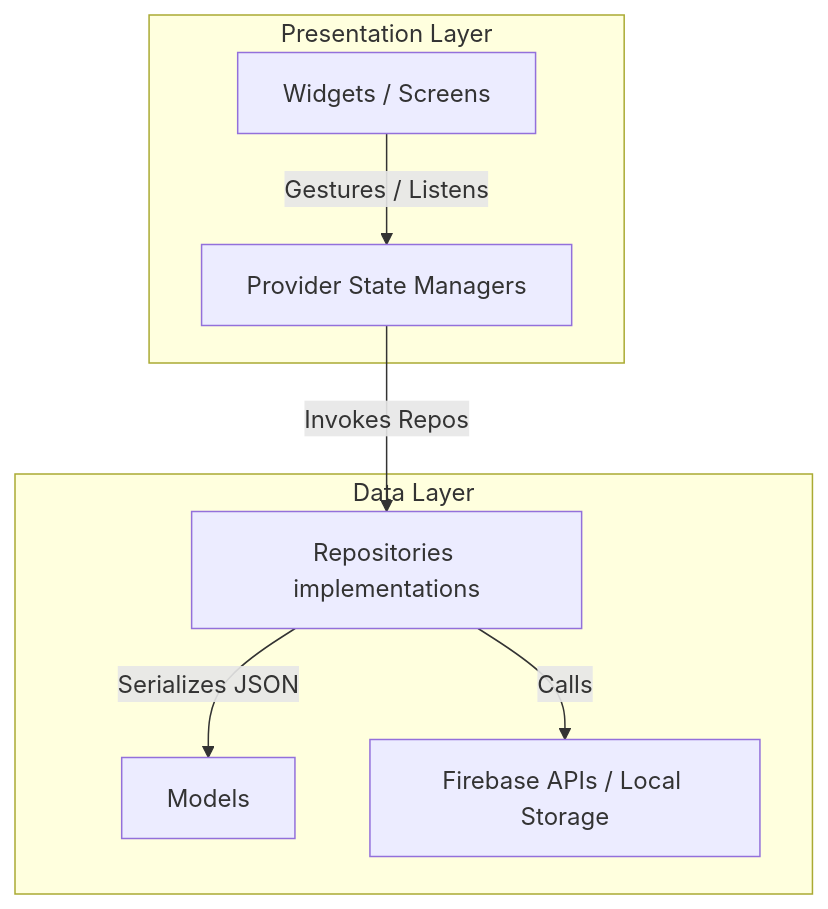
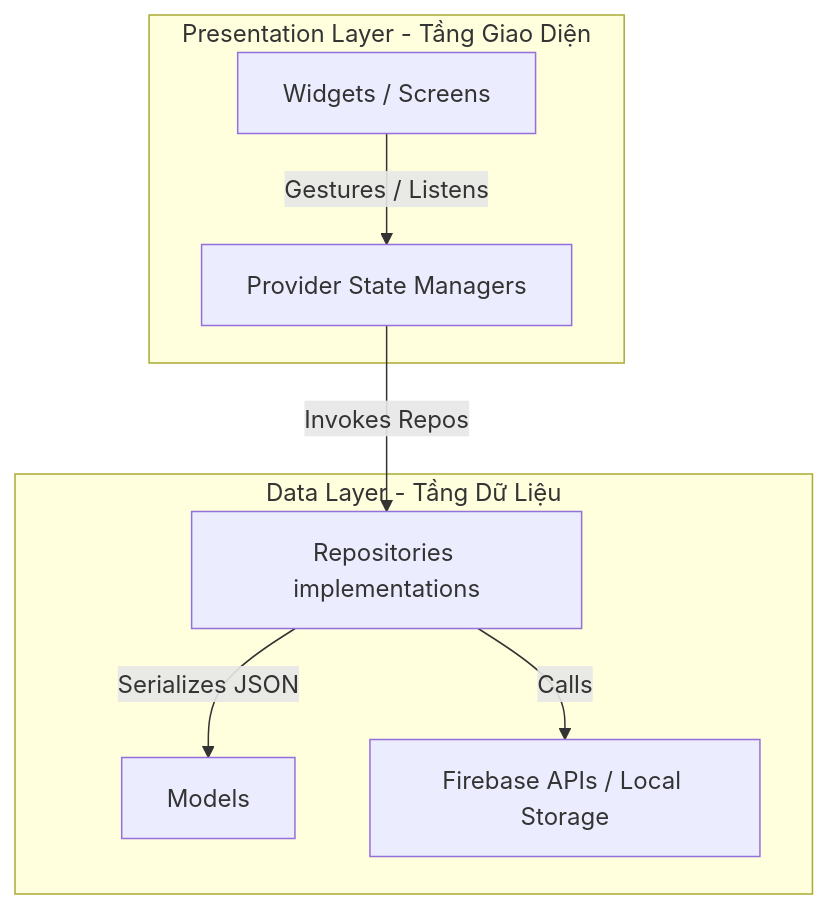
Before and after one commit to Nguyentan2004/Pingpic: the diagram in README.md, drawn with Mermaid. The commit also changed other lines of this file, not shown here.

````diff
--- a/README.md
+++ b/README.md
@@ -56,11 +56,11 @@
 ```mermaid
 graph TD
-    subgraph Presentation_Layer [Presentation Layer]
+    subgraph Presentation_Layer [Presentation Layer - Tầng Giao Diện]
         A[Widgets / Screens] -->|Gestures / Listens| B[Provider State Managers]
     end
-    subgraph Data_Layer [Data Layer]
+    subgraph Data_Layer [Data Layer - Tầng Dữ Liệu]
         C[Repositories implementations] -->|Serializes JSON| D[Models]
         C -->|Calls| E[Firebase APIs / Local Storage]
     end
     B -->|Invokes Repos| C
 ```
````
